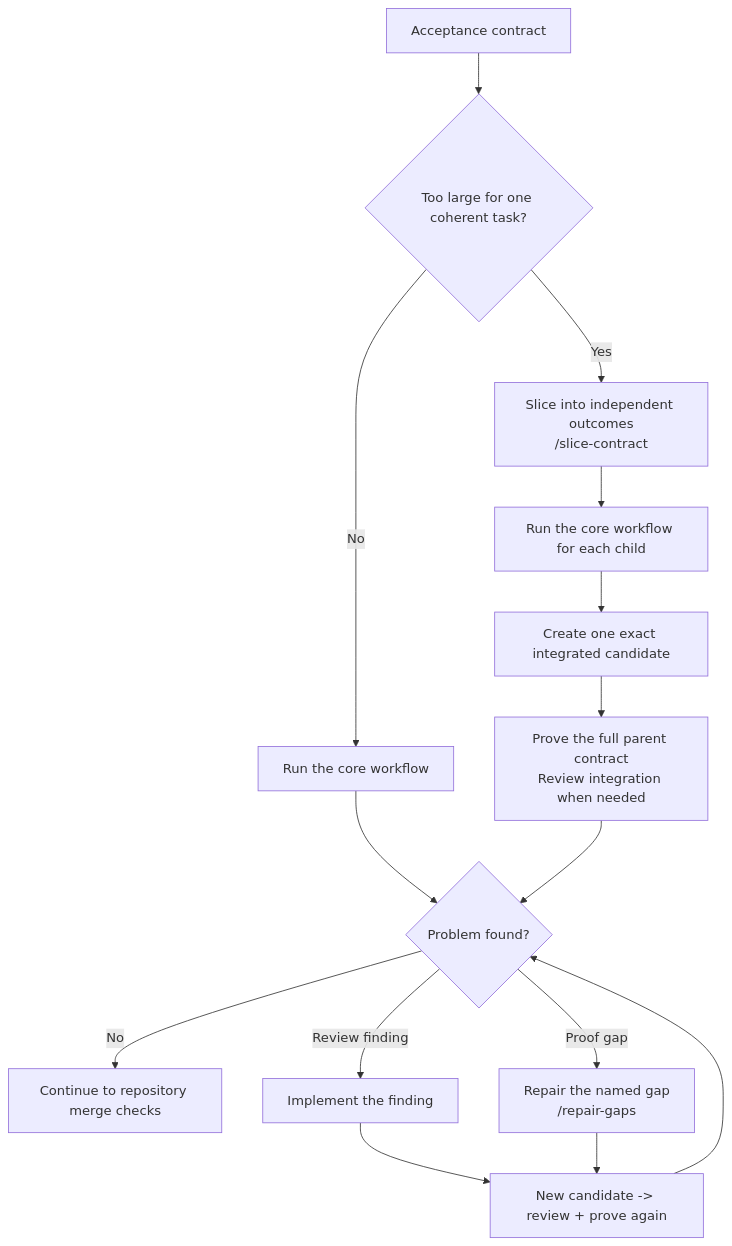
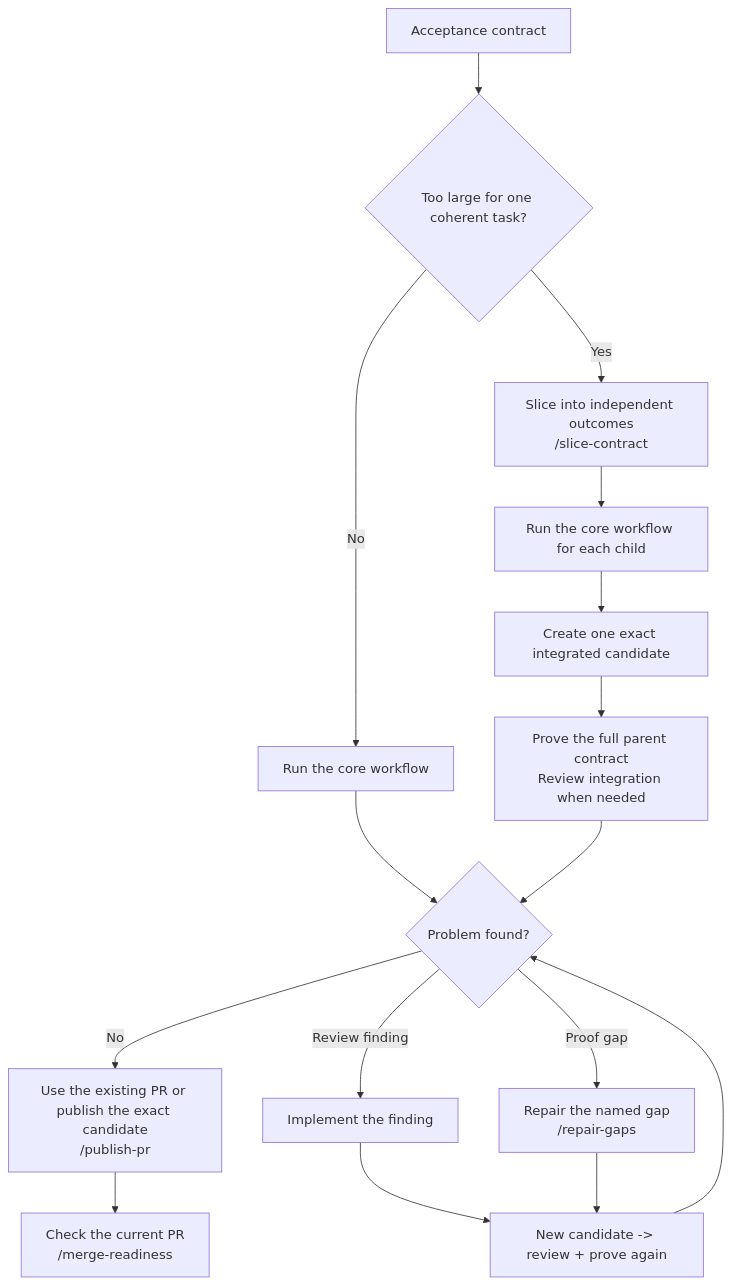
One commit to grove/promise-to-proof changed the second of 2 diagrams in README.md. Above: the diagram before and after it, drawn with Mermaid. The commit also changed other lines of this file and 3 other files, not shown here.

````diff
--- a/README.md
+++ b/README.md
@@ -132,18 +142,19 @@
 ```mermaid
 flowchart TD
   contract["Acceptance contract"] --> large{"Too large for one coherent task?"}
   large -->|No| core["Run the core workflow"]
   large -->|Yes| slice["Slice into independent outcomes<br/>/slice-contract"]
   slice --> children["Run the core workflow for each child"]
   children --> integrated["Create one exact integrated candidate"]
   integrated --> parent["Prove the full parent contract<br/>Review integration when needed"]
 
   core --> problem{"Problem found?"}
   parent --> problem
-  problem -->|No| ready["Continue to repository merge checks"]
+  problem -->|No| pr["Use the existing PR or publish the exact candidate<br/>/publish-pr"]
+  pr --> ready["Check the current PR<br/>/merge-readiness"]
   problem -->|Review finding| fix["Implement the finding"]
   problem -->|Proof gap| repair["Repair the named gap<br/>/repair-gaps"]
   fix --> rerun["New candidate -> review + prove again"]
   repair --> rerun
   rerun --> problem
 ```
````
